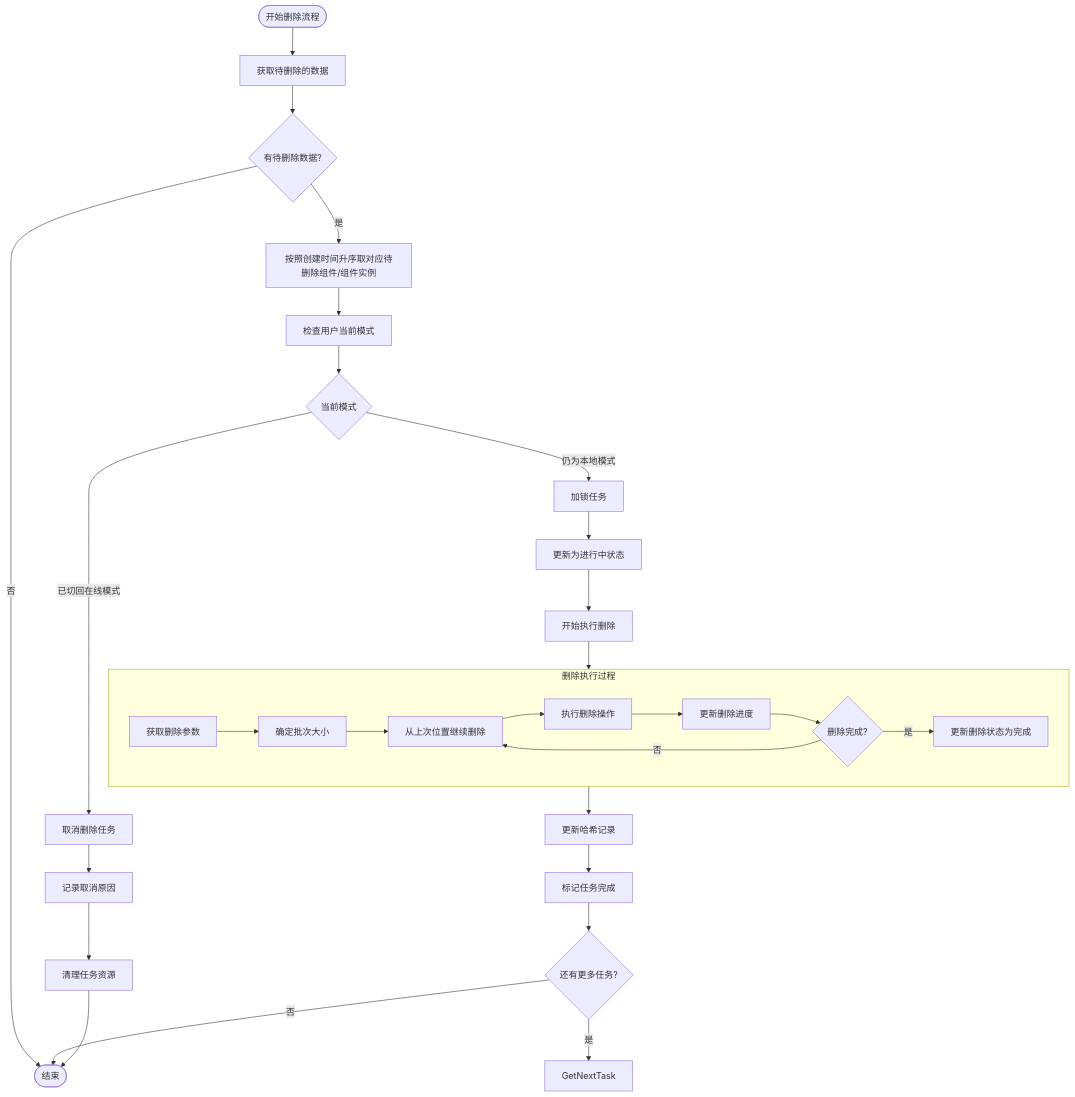
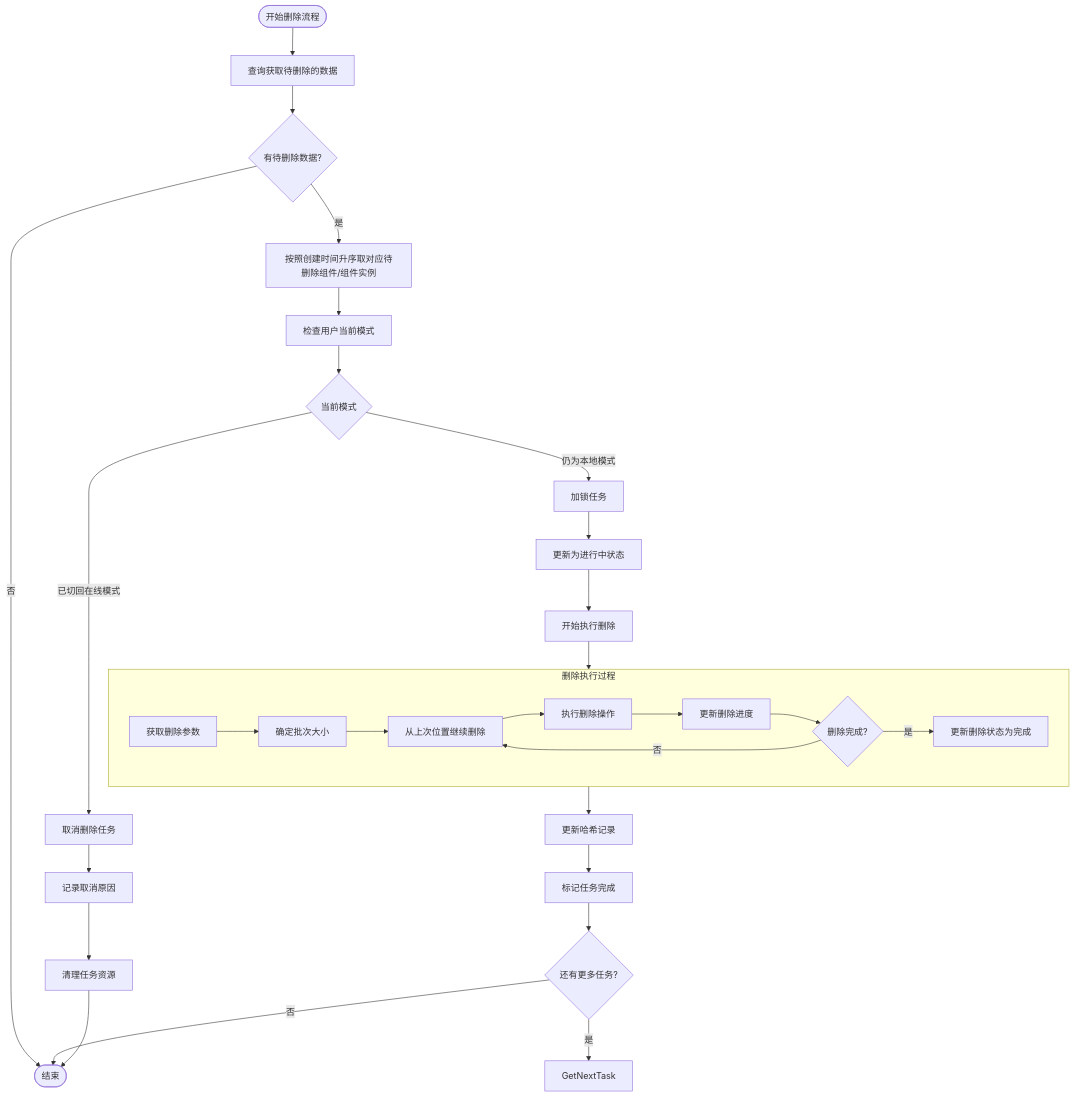
One commit to yingjianzh/iodraw-files changed the diagram in all/未命名-51.md. Above: the diagram before and after it, drawn with Mermaid.

Commit message:
2025-05-08 15:20:44 update

````diff
--- a/all/未命名-51.md
+++ b/all/未命名-51.md
@@ -1,41 +1,41 @@
 ```mermaid
 flowchart TD
-    Start([开始删除流程]) --> FetchTasks[获取待删除的数据]
+    Start([开始删除流程]) --> FetchTasks[查询获取待删除的数据]
     FetchTasks --> HasTasks{有待删除数据?}
     
     HasTasks -->|否| End([结束])
     HasTasks -->|是| PrioritizeTasks[按照创建时间升序取对应待删除组件/组件实例]
     
     PrioritizeTasks --> CheckUserMode[检查用户当前模式]
     
     CheckUserMode --> CurrentMode{当前模式}
     CurrentMode -->|已切回在线模式| TaskCancel[取消删除任务]
     CurrentMode -->|仍为本地模式| LockTask[加锁任务]
     
     LockTask --> UpdateStatus[更新为进行中状态]
     UpdateStatus --> BeginDeletion[开始执行删除]
     
     subgraph DeletionProcess [删除执行过程]
         A[获取删除参数] --> B[确定批次大小]
         B --> C[从上次位置继续删除]
         C --> D[执行删除操作]
         D --> E[更新删除进度]
         E --> F{删除完成?}
         F -->|否| C
         F -->|是| G[更新删除状态为完成]
     end
     
     BeginDeletion --> DeletionProcess
     
     DeletionProcess --> UpdateHashRecord[更新哈希记录]
     UpdateHashRecord --> MarkCompleted[标记任务完成]
     
     TaskCancel --> LogCancellation[记录取消原因]
     LogCancellation --> CleanupTask[清理任务资源]
     
     MarkCompleted --> CheckMoreTasks{还有更多任务?}
     CheckMoreTasks -->|是| GetNextTask
     CheckMoreTasks -->|否| End
     
     CleanupTask --> End
 ```
````
